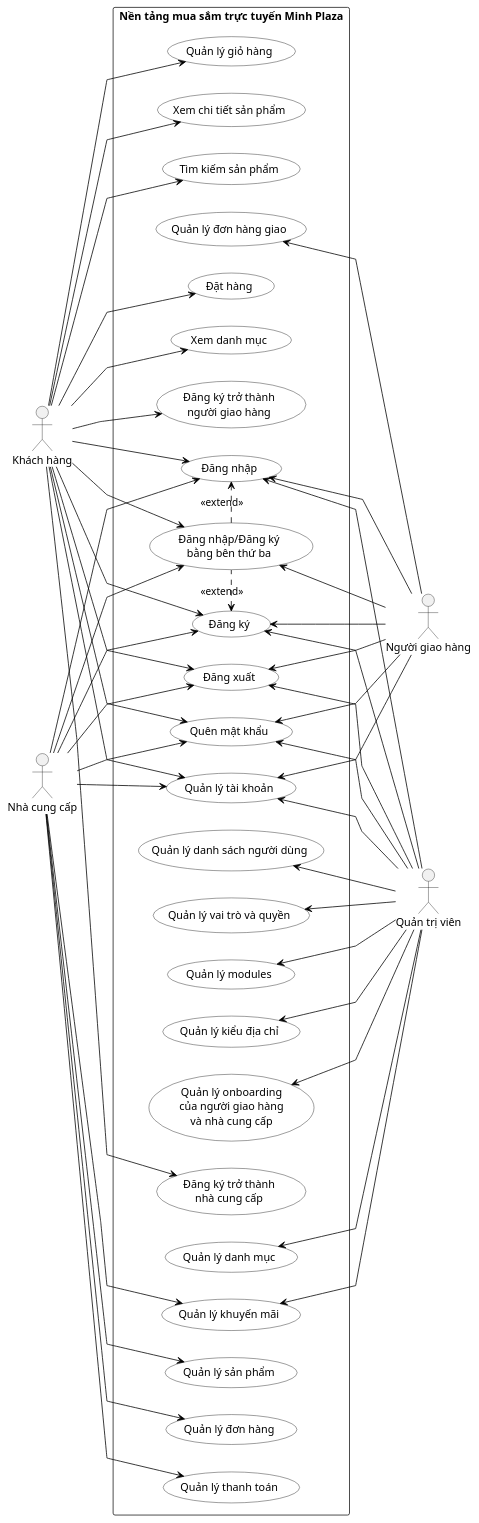
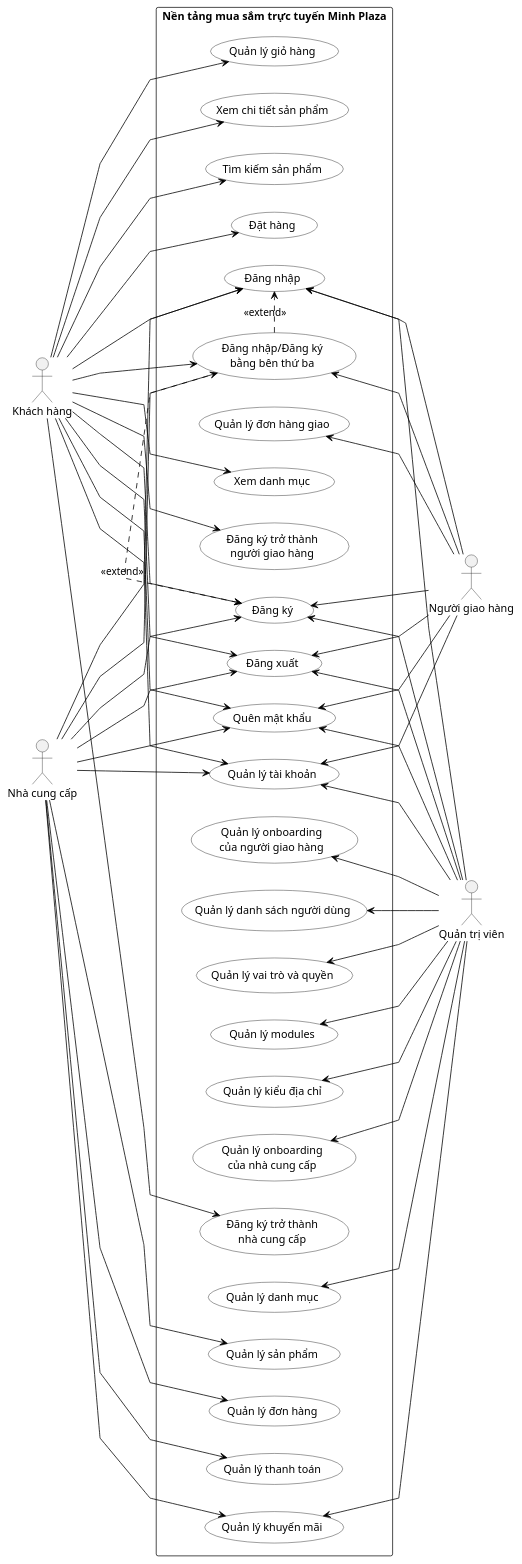
One commit to TienMinh25/ecommerce-platform changed the diagram in docs/use-case-tong-quan.puml. Above: the diagram before and after it, drawn with PlantUML. The commit also changed 2 other files, not shown here.

```diff
--- a/docs/use-case-tong-quan.puml
+++ b/docs/use-case-tong-quan.puml
@@ -1,116 +1,118 @@
 @startuml
 ' Use horizontal layout with actors on both sides
 left to right direction
 ' Improve visual appearance
 skinparam usecase {
   BackgroundColor white
   BorderColor black
   ArrowColor black
 }
 skinparam packageStyle rectangle
 skinparam linetype polyline
 ' Left actors
 actor "Khách hàng" as kh
 actor "Nhà cung cấp" as ncc
 ' Right actors
 actor "Quản trị viên" as qtv
 actor "Người giao hàng" as ngh
 ' Group common use cases in the middle (short names on same rows)
 rectangle "Nền tảng mua sắm trực tuyến Minh Plaza" {
   ' Authentication use cases - rearranged for better layout
   usecase "Đăng ký" as UC2
   usecase "Đăng nhập/Đăng ký\nbằng bên thứ ba" as UC30
   usecase "Đăng nhập" as UC1
 
   usecase "Đăng xuất" as UC3
   usecase "Quên mật khẩu" as UC4
 
   ' User management use cases (admin)
   usecase "Quản lý danh sách người dùng" as UC5
   usecase "Quản lý vai trò và quyền" as UC6
   usecase "Quản lý modules" as UC7
   usecase "Quản lý kiểu địa chỉ" as UC8
-  usecase "Quản lý onboarding\ncủa người giao hàng\nvà nhà cung cấp" as UC9
+  usecase "Quản lý onboarding\ncủa người giao hàng" as UC9
+  usecase "Quản lý onboarding\ncủa nhà cung cấp" as UC31
 
   ' Account and profile use cases
   usecase "Quản lý tài khoản" as UC10
 
   ' Catalog management use cases
   usecase "Quản lý danh mục" as UC11
   usecase "Quản lý khuyến mãi" as UC12
   usecase "Quản lý sản phẩm" as UC19
 
   ' Customer-facing use cases
   usecase "Quản lý giỏ hàng" as UC13
   usecase "Tìm kiếm sản phẩm" as UC14
   usecase "Xem chi tiết sản phẩm" as UC15
   usecase "Đặt hàng" as UC16
   usecase "Xem danh mục" as UC18
 
   ' Supplier-facing use cases
   usecase "Quản lý đơn hàng" as UC21
   usecase "Quản lý thanh toán" as UC22
 
   ' Delivery person use cases
   usecase "Quản lý đơn hàng giao" as UC24
 
   ' New customer onboarding use cases
   usecase "Đăng ký trở thành\nngười giao hàng" as UC28
   usecase "Đăng ký trở thành\nnhà cung cấp" as UC29
 }
 
 ' Extend relationships
 UC2 <. UC30 : <<extend>>
 UC30 .> UC1 : <<extend>>
 
 ' Connect actors to their use cases
 ' Khách hàng connections
 kh --> UC1
 kh --> UC2
 kh --> UC3
 kh --> UC4
 kh --> UC10
 kh --> UC13
 kh --> UC14
 kh --> UC15
 kh --> UC16
 kh --> UC18
 kh --> UC28
 kh --> UC29
 kh --> UC30
 
 ' Nhà cung cấp connections
 ncc --> UC1
 ncc --> UC2
 ncc --> UC3
 ncc --> UC4
 ncc --> UC10
 ncc --> UC12
 ncc --> UC19
 ncc --> UC21
 ncc --> UC22
 ncc --> UC30
 
 ' Admin connections
 UC5 <-- qtv
 UC6 <-- qtv
 UC7 <-- qtv
 UC8 <-- qtv
 UC9 <-- qtv
+UC31 <-- qtv
 UC10 <-- qtv
 UC11 <-- qtv
 UC12 <-- qtv
 UC1 <-- qtv
 UC2 <-- qtv
 UC3 <-- qtv
 UC4 <-- qtv
 
 ' Delivery person connections
 UC1 <-- ngh
 UC2 <-- ngh
 UC3 <-- ngh
 UC4 <-- ngh
 UC10 <-- ngh
 UC24 <-- ngh
 UC30 <-- ngh
 @enduml
```
